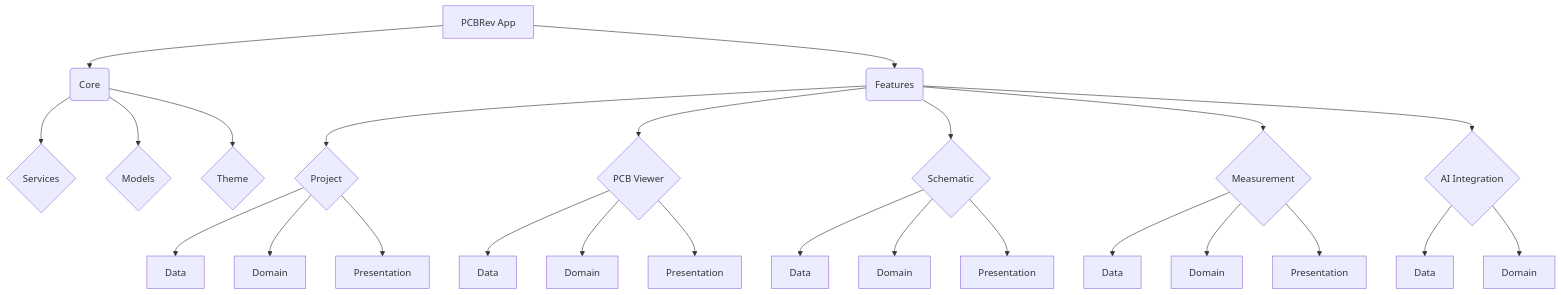
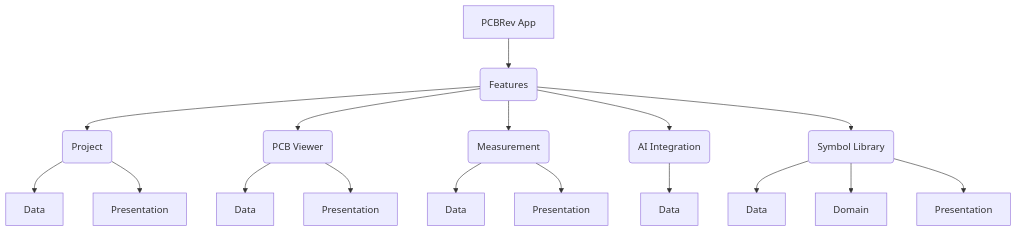
One commit to damiik/pcb_rev changed the diagram in README.md. Above: the diagram before and after it, drawn with Mermaid. The commit also changed other lines of this file, not shown here.

````diff
--- a/README.md
+++ b/README.md
@@ -51,34 +46,25 @@
 ```mermaid
 graph TD
-    A[PCBRev App] --> B(Core);
-    A --> C(Features);
+    A[PCBRev App] --> C(Features);
 
-    B --> D{Services};
-    B --> E{Models};
-    B --> F{Theme};
-
-    C --> G{Project};
-    C --> H{PCB Viewer};
-    C --> I{Schematic};
-    C --> J{Measurement};
-    C --> K{AI Integration};
+    C --> G(Project);
+    C --> H(PCB Viewer);
+    C --> J(Measurement);
+    C --> K(AI Integration);
+    C --> L(Symbol Library);
 
     G --> G_Data[Data];
-    G --> G_Domain[Domain];
     G --> G_Pres[Presentation];
 
     H --> H_Data[Data];
-    H --> H_Domain[Domain];
     H --> H_Pres[Presentation];
 
-    I --> I_Data[Data];
-    I --> I_Domain[Domain];
-    I --> I_Pres[Presentation];
-
     J --> J_Data[Data];
-    J --> J_Domain[Domain];
     J --> J_Pres[Presentation];
 
     K --> K_Data[Data];
-    K --> K_Domain[Domain];
+
+    L --> L_Data[Data];
+    L --> L_Domain[Domain];
+    L --> L_Pres[Presentation];
 ```
````
